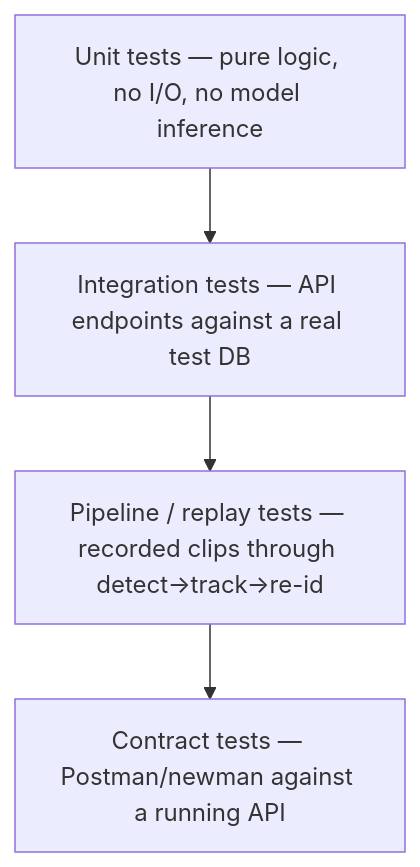
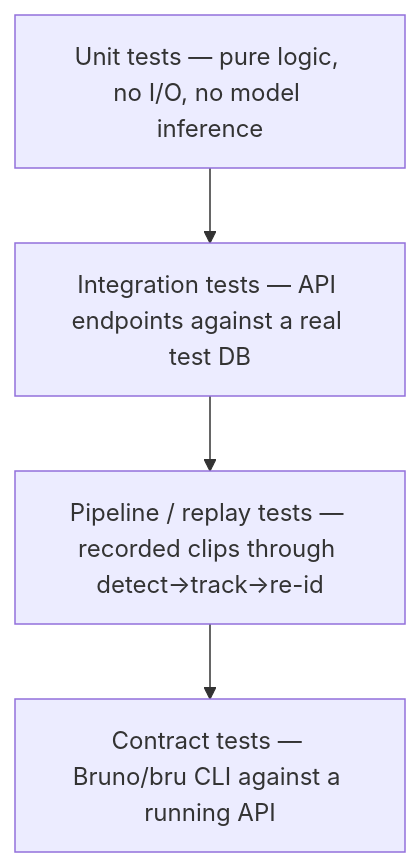
One commit to Chitresh-code/surveillance-platform changed the diagram in docs/TESTING.md. Above: the diagram before and after it, drawn with Mermaid. The commit also changed other lines of this file and 8 other files, not shown here.

````diff
--- a/docs/TESTING.md
+++ b/docs/TESTING.md
@@ -9,8 +9,8 @@
 ```mermaid
 flowchart TB
-    L4[Contract tests — Postman/newman against a running API]
+    L4[Contract tests — Bruno/bru CLI against a running API]
     L3[Pipeline / replay tests — recorded clips through detect→track→re-id]
     L2[Integration tests — API endpoints against a real test DB]
     L1[Unit tests — pure logic, no I/O, no model inference]
     L1 --> L2 --> L3 --> L4
 ```
````
